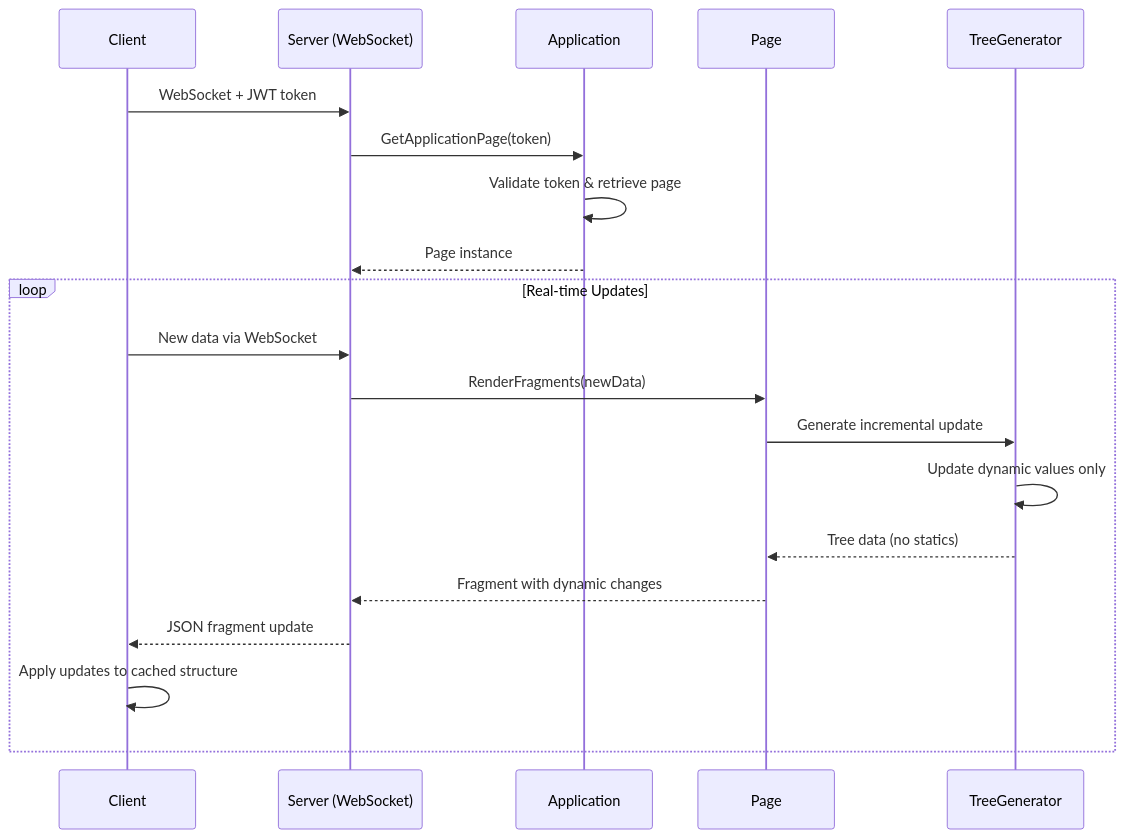
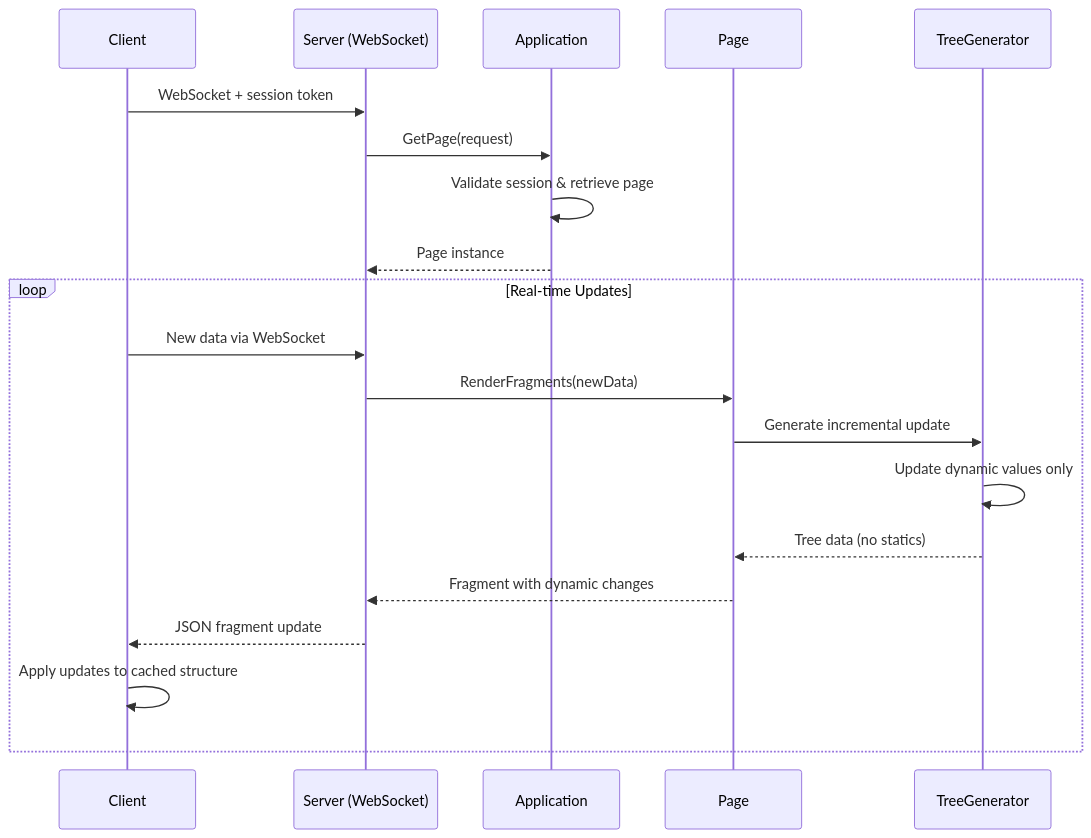
The third of 5 diagrams in docs/HLD.md (livetemplate/livetemplate), drawn with Mermaid before and after one commit. The commit also changed other lines of this file and 16 other files, not shown here.

````diff
--- a/docs/HLD.md
+++ b/docs/HLD.md
@@ -181,24 +181,24 @@
 ```mermaid
 sequenceDiagram
     participant C as Client
     participant S as Server (WebSocket)
     participant A as Application  
     participant P as Page
     participant T as TreeGenerator
     
-    C->>S: WebSocket + JWT token
-    S->>A: GetApplicationPage(token)
-    A->>A: Validate token & retrieve page
+    C->>S: WebSocket + session token
+    S->>A: GetPage(request)
+    A->>A: Validate session & retrieve page
     A-->>S: Page instance
     
     loop Real-time Updates
         C->>S: New data via WebSocket
         S->>P: RenderFragments(newData)
         P->>T: Generate incremental update
         T->>T: Update dynamic values only
         T-->>P: Tree data (no statics)
         P-->>S: Fragment with dynamic changes
         S-->>C: JSON fragment update
         C->>C: Apply updates to cached structure
     end
 ```
````
